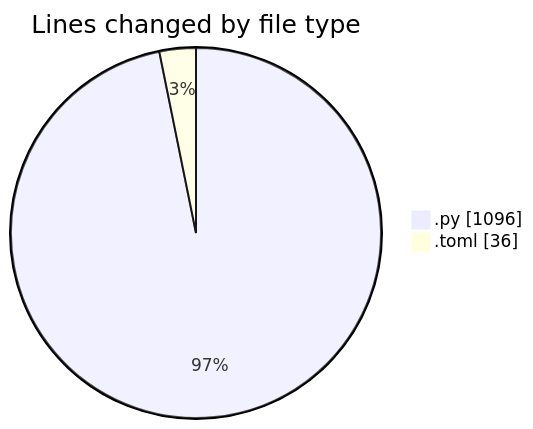
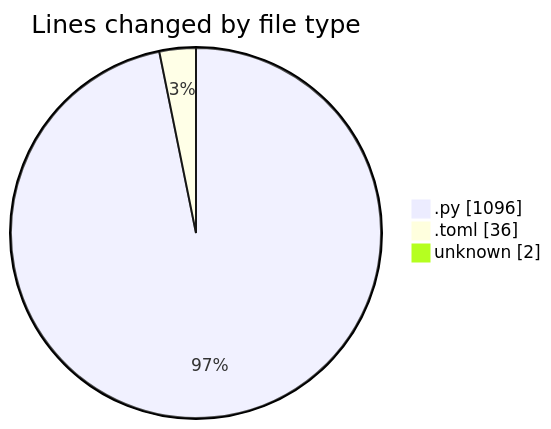
The first of 2 diagrams in 2025-11-20/eventscop-api-guide__workspace_/README.md (julien-gomy/code-tracking), drawn with Mermaid before and after one commit. The commit also changed other lines of this file and 1 other file, not shown here.

````diff
--- a/2025-11-20/eventscop-api-guide__workspace_/README.md
+++ b/2025-11-20/eventscop-api-guide__workspace_/README.md
@@ -27,6 +28,7 @@
 ```mermaid
 pie showData
 title Lines changed by file type
 ".py" : 1096
 ".toml" : 36
+"unknown" : 2
 ```
````
